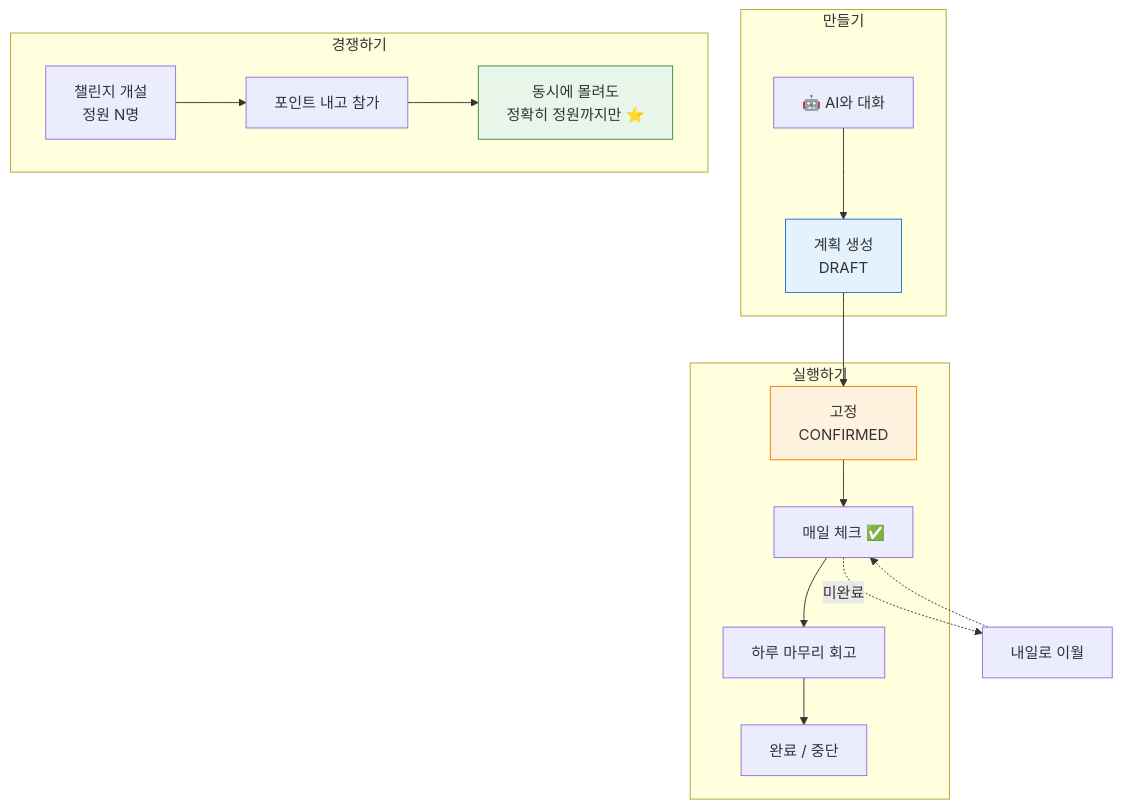
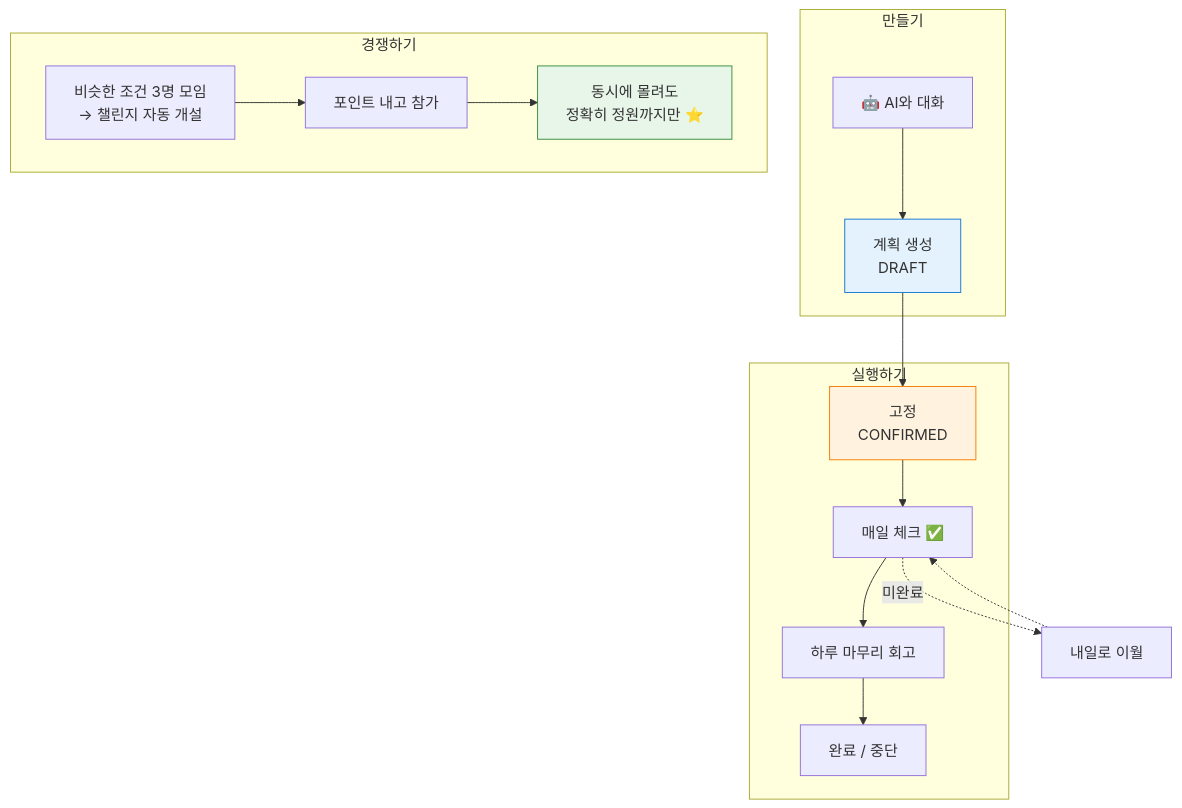
The tenth of 10 diagrams in docs/DATA_FLOW.md (hello-pebble/DelayNoMore_Release), drawn with Mermaid before and after one commit. The commit also changed other lines of this file and 66 other files, not shown here.

````diff
--- a/docs/DATA_FLOW.md
+++ b/docs/DATA_FLOW.md
@@ -484,22 +494,22 @@
 ```mermaid
 flowchart TB
     subgraph 만들기
         A1["🤖 AI와 대화"] --> A2["계획 생성<br/>DRAFT"]
     end
     subgraph 실행하기
         A2 --> B1["고정<br/>CONFIRMED"]
         B1 --> B2["매일 체크 ✅"]
         B2 --> B3["하루 마무리 회고"]
         B3 --> B4["완료 / 중단"]
     end
     subgraph 경쟁하기
-        C1["챌린지 개설<br/>정원 N명"] --> C2["포인트 내고 참가"]
+        C1["비슷한 조건 3명 모임<br/>→ 챌린지 자동 개설"] --> C2["포인트 내고 참가"]
         C2 --> C3["동시에 몰려도<br/>정확히 정원까지만 ⭐"]
     end
     B2 -.->|미완료| B5["내일로 이월"]
     B5 -.-> B2
 
     style A2 fill:#e3f2fd,stroke:#1976d2
     style B1 fill:#fff3e0,stroke:#f57c00
     style C3 fill:#e8f5e9,stroke:#388e3c
 ```
````
